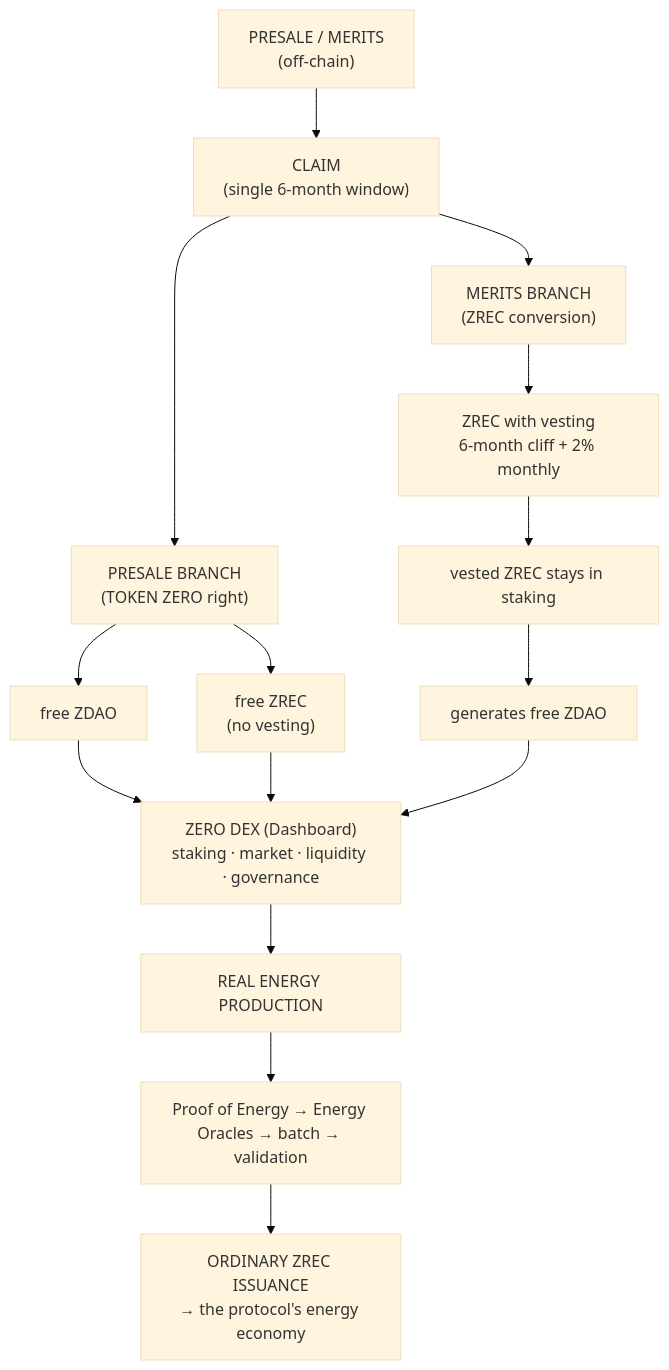
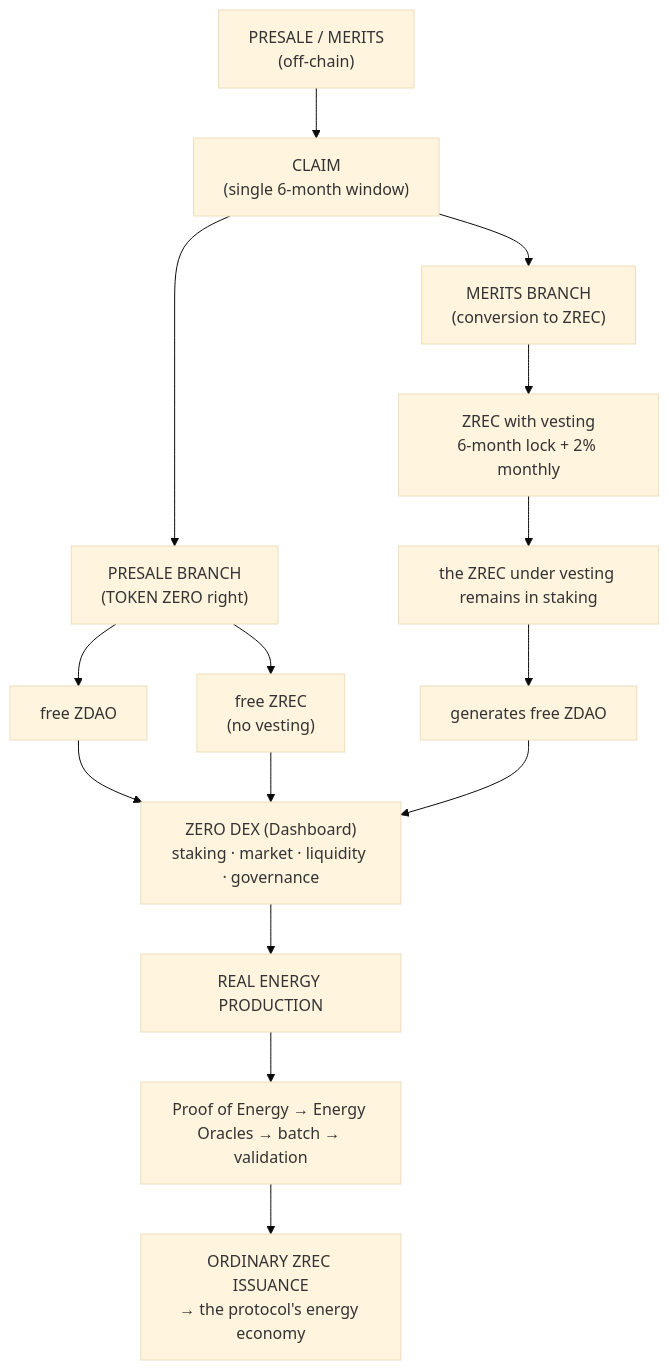
Before and after one commit to blockvault-ai/zero-energy: the fourth of 4 diagrams in docs/business-logic/01-general-architecture.md, drawn with Mermaid (base theme). The commit also changed other lines of this file and 3 other files, not shown here.

````diff
--- a/docs/business-logic/01-general-architecture.md
+++ b/docs/business-logic/01-general-architecture.md
@@ -68,29 +68,28 @@
 ```mermaid
 flowchart TD
     A["PRESALE / MERITS<br/>(off-chain)"]
     B["CLAIM<br/>(single 6-month window)"]
     P["PRESALE BRANCH<br/>(TOKEN ZERO right)"]
     P1["free ZDAO"]
     P2["free ZREC<br/>(no vesting)"]
-    M["MERITS BRANCH<br/>(ZREC conversion)"]
-    M1["ZREC with vesting<br/>6-month cliff + 2% monthly"]
-    M2["vested ZREC stays in staking"]
+    M["MERITS BRANCH<br/>(conversion to ZREC)"]
+    M1["ZREC with vesting<br/>6-month lock + 2% monthly"]
+    M2["the ZREC under vesting remains in staking"]
     M3["generates free ZDAO"]
     D["ZERO DEX (Dashboard)<br/>staking · market · liquidity · governance"]
     R[REAL ENERGY PRODUCTION]
     V["Proof of Energy → Energy Oracles → batch → validation"]
     O["ORDINARY ZREC ISSUANCE<br/>→ the protocol's energy economy"]
-
     A --> B
     B --> P
     B --> M
     P --> P1
     P --> P2
     M --> M1
     M1 --> M2
     M2 --> M3
     P1 --> D
     P2 --> D
     M3 --> D
     D --> R --> V --> O
 ```
````
